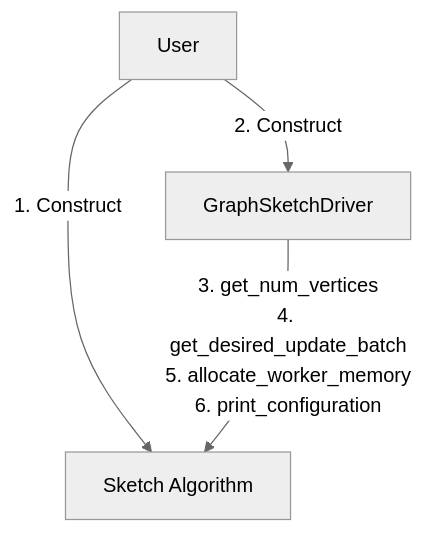
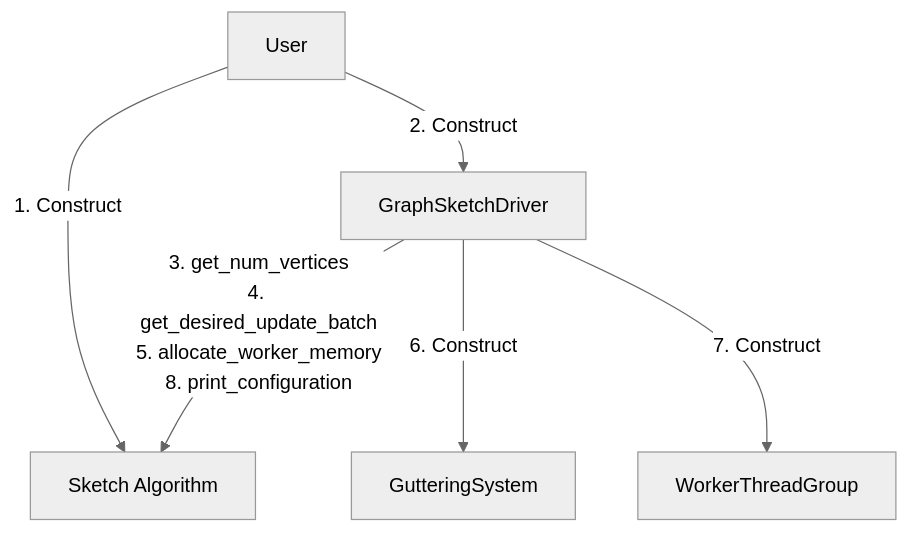
One commit to GraphStreamingProject/GraphZeppelin changed the first of 3 diagrams in docs/control_flow.md. Above: the diagram before and after it, drawn with Mermaid (neutral theme).

````diff
--- a/docs/control_flow.md
+++ b/docs/control_flow.md
@@ -8,6 +8,8 @@
 ```mermaid
 flowchart TD
     A[User] -->|2. Construct| B[GraphSketchDriver]
     A -->|1. Construct| C
-    B -->|3. get_num_vertices\n4. get_desired_update_batch\n5. allocate_worker_memory\n6. print_configuration| C[Sketch Algorithm]
+    B -->|3. get_num_vertices\n4. get_desired_update_batch\n5. allocate_worker_memory\n8. print_configuration| C[Sketch Algorithm]
+    B -->|6. Construct| D[GutteringSystem]
+    B -->|7. Construct| E[WorkerThreadGroup]
 ```
````
